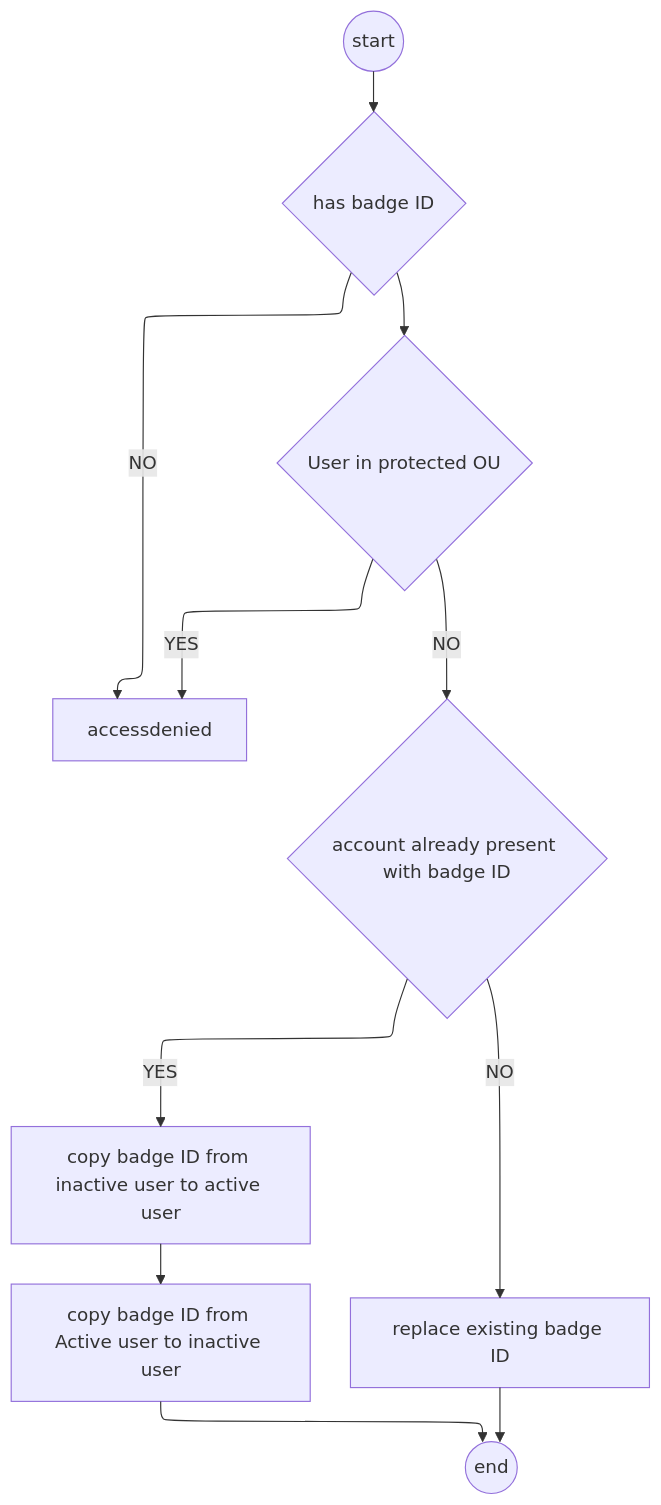
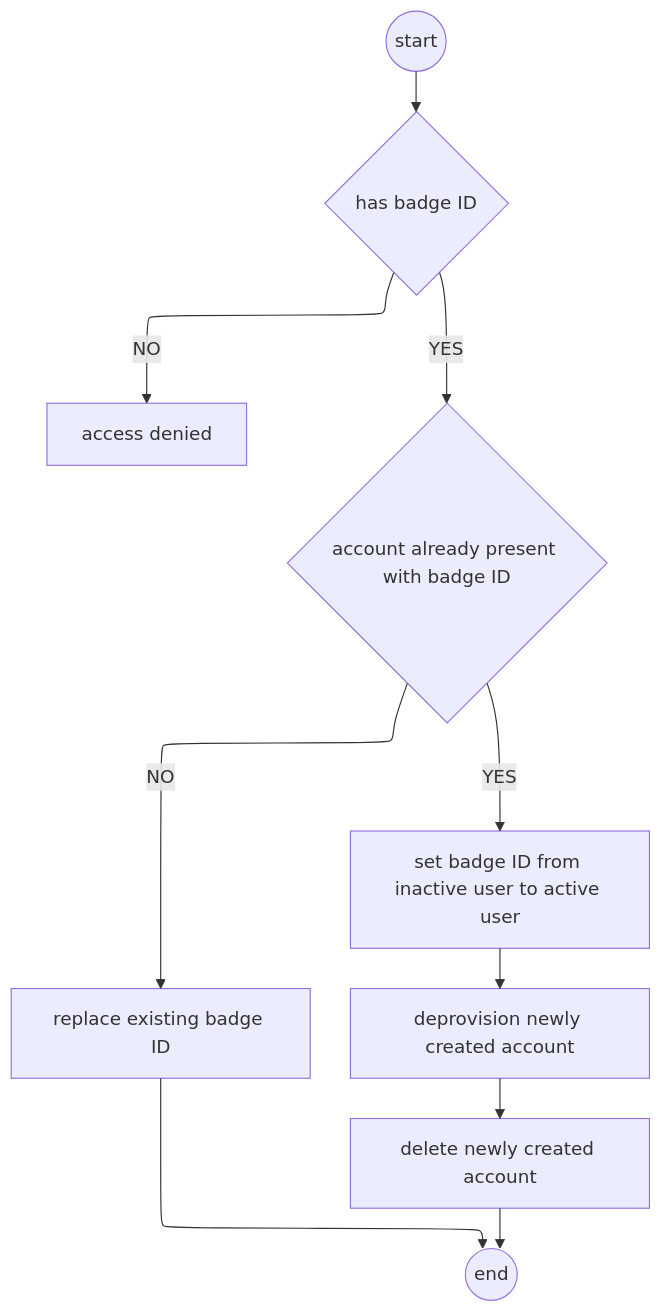
The diagram in Flows/user-change-BadgeID.md (alexisalexopoulos/adaxes), drawn with Mermaid before and after one commit.

Commit message:
fix: change badge ID

````diff
--- a/Flows/user-change-BadgeID.md
+++ b/Flows/user-change-BadgeID.md
@@ -1,20 +1,19 @@
 ```mermaid
 flowchart-elk
 %% Nodes
 start((start))
 hasbadgeID{has badge ID}
-protectedOU{User in protected OU}
-accessdenied[accessdenied]
+accessdenied[access denied]
 badgeidpresent{account already present with badge ID}
-copybadgeIDtarget[copy badge ID from inactive user to active user]
-copybadgeIDsource[copy badge ID from Active user to inactive user]
+setbadgeIDtarget[set badge ID from inactive user to active user]
 replaceID[replace existing badge ID]
+deprovision[deprovision newly created account]
+delete[delete newly created account]
 finish((end))
 %%linking
-start -->hasbadgeID --> protectedOU
+start -->hasbadgeID
 hasbadgeID --> |NO| accessdenied
-protectedOU --> |YES| accessdenied
-protectedOU -->|NO| badgeidpresent
-badgeidpresent --> |YES| copybadgeIDtarget --> copybadgeIDsource --> finish
+hasbadgeID --> |YES| badgeidpresent
+badgeidpresent --> |YES| setbadgeIDtarget -->deprovision-->  delete --> finish
 badgeidpresent -->|NO|replaceID --> finish
 ```
````
